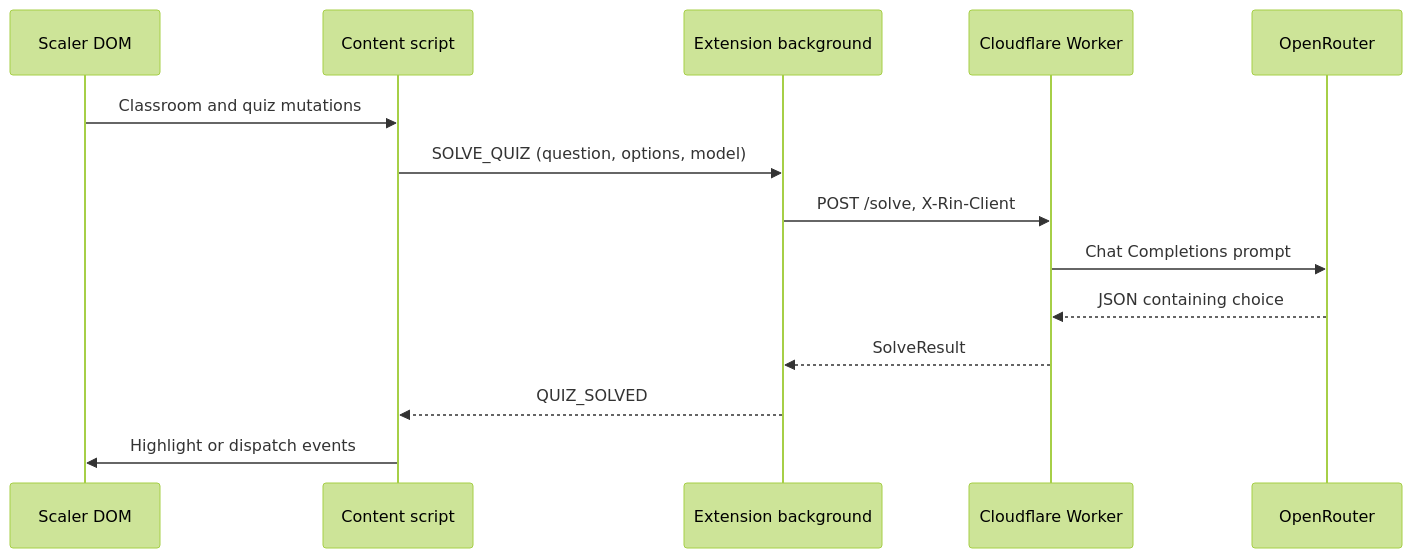
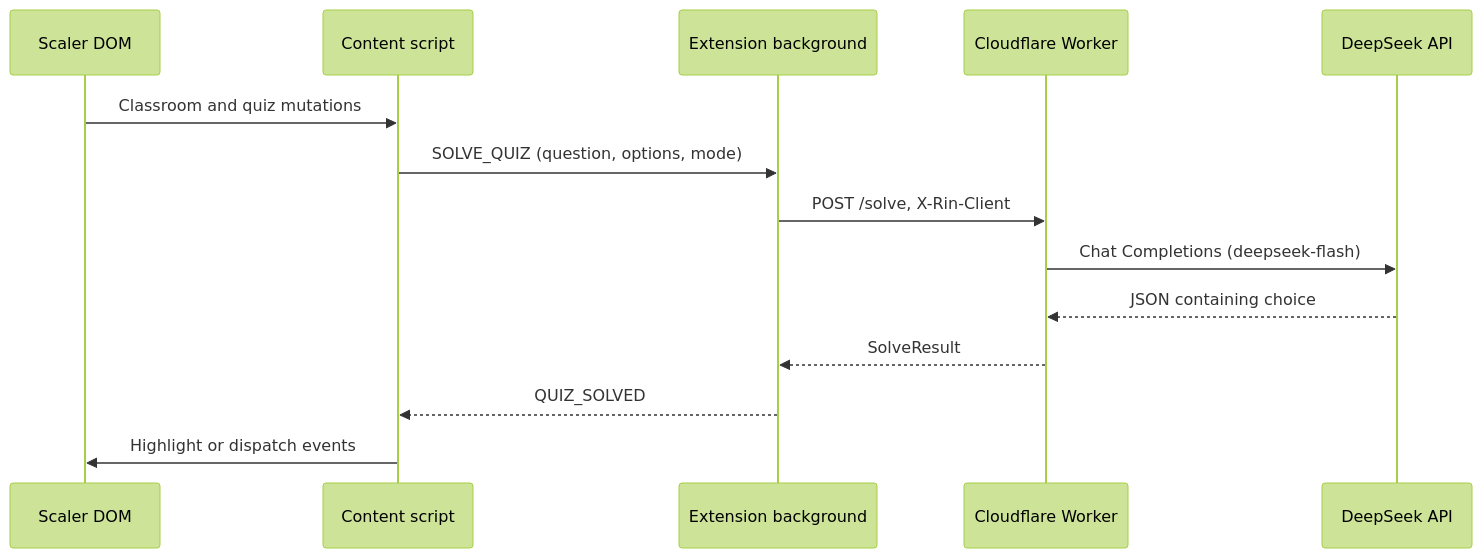
The diagram in docs/superpowers/specs/2026-09-25-rin-design.md (Pujan-khunt/Rin), drawn with Mermaid (forest theme) before and after one commit. The commit also changed other lines of this file and 8 other files, not shown here.

````diff
--- a/docs/superpowers/specs/2026-09-25-rin-design.md
+++ b/docs/superpowers/specs/2026-09-25-rin-design.md
@@ -25,16 +34,16 @@
 ```mermaid
 sequenceDiagram
     participant Page as Scaler DOM
     participant Content as Content script
     participant Background as Extension background
     participant Worker as Cloudflare Worker
-    participant AI as OpenRouter
+    participant AI as DeepSeek API
     Page->>Content: Classroom and quiz mutations
-    Content->>Background: SOLVE_QUIZ (question, options, model)
+    Content->>Background: SOLVE_QUIZ (question, options, mode)
     Background->>Worker: POST /solve, X-Rin-Client
-    Worker->>AI: Chat Completions prompt
+    Worker->>AI: Chat Completions (deepseek-flash)
     AI-->>Worker: JSON containing choice
     Worker-->>Background: SolveResult
     Background-->>Content: QUIZ_SOLVED
     Content->>Page: Highlight or dispatch events
 ```
````
